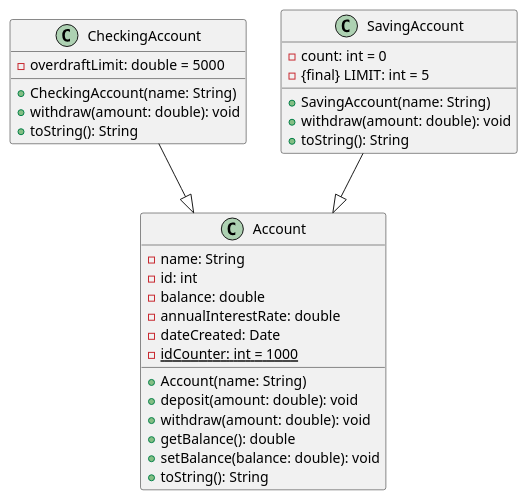
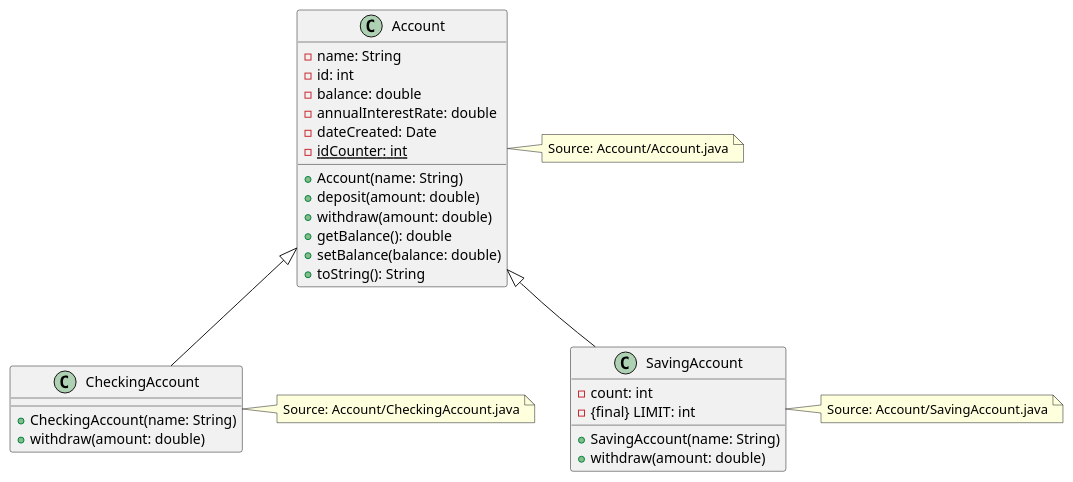
Before and after one commit to daydeda/OOP-Lab: the diagram in LAB06_Inheritance/Account/TestProgram.plantuml, drawn with PlantUML. The commit also changed other lines of this file and 4 other files, not shown here.

Commit message:
Add UML .png

```diff
--- a/LAB06_Inheritance/Account/TestProgram.plantuml
+++ b/LAB06_Inheritance/Account/TestProgram.plantuml
@@ -1,37 +1,45 @@
-@startuml
-' Account base class
+@startuml AccountPackage
+
 class Account {
   - name: String
   - id: int
   - balance: double
   - annualInterestRate: double
   - dateCreated: Date
-  - {static} idCounter: int = 1000
+  - {static} idCounter: int
   + Account(name: String)
-  + deposit(amount: double): void
-  + withdraw(amount: double): void
+  + deposit(amount: double)
+  + withdraw(amount: double)
   + getBalance(): double
-  + setBalance(balance: double): void
+  + setBalance(balance: double)
   + toString(): String
 }
 
-' CheckingAccount subclass
 class CheckingAccount {
-  - overdraftLimit: double = 5000
   + CheckingAccount(name: String)
-  + withdraw(amount: double): void
-  + toString(): String
+  + withdraw(amount: double)
 }
 
-' SavingAccount subclass
 class SavingAccount {
-  - count: int = 0
-  - {final} LIMIT: int = 5
+  - count: int
+  - {final} LIMIT: int
   + SavingAccount(name: String)
-  + withdraw(amount: double): void
-  + toString(): String
+  + withdraw(amount: double)
 }
 
-CheckingAccount --|> Account
-SavingAccount --|> Account
+Account <|-- CheckingAccount
+Account <|-- SavingAccount
+
+note right of Account
+  Source: Account/Account.java
+end note
+
+note right of CheckingAccount
+  Source: Account/CheckingAccount.java
+end note
+
+note right of SavingAccount
+  Source: Account/SavingAccount.java
+end note
+
 @enduml
```
